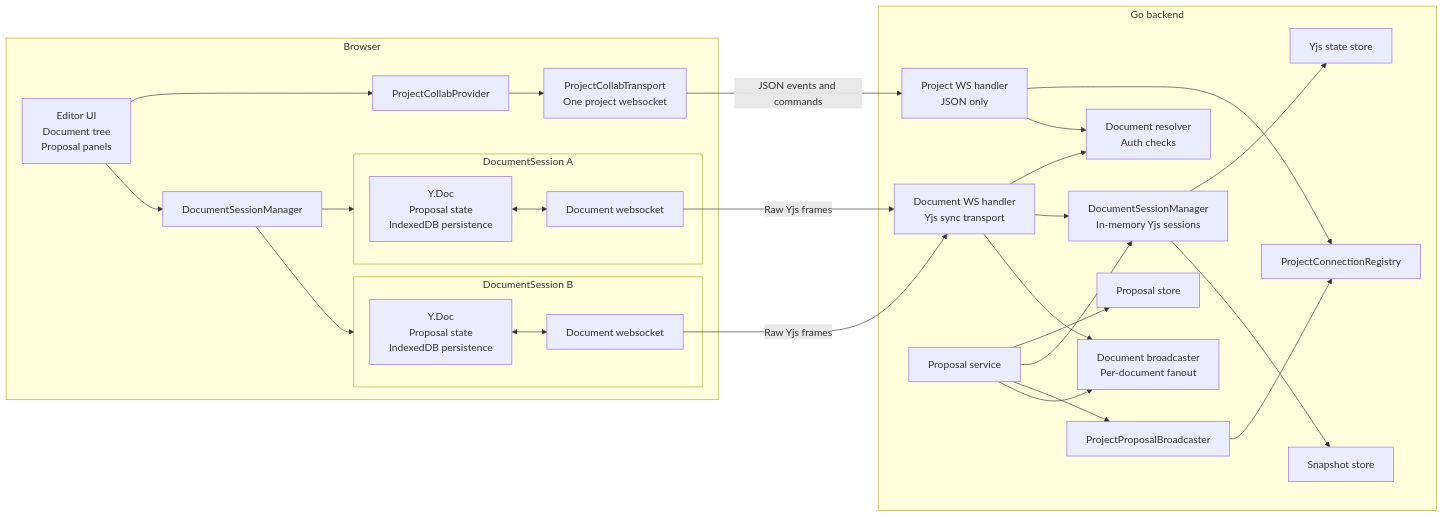
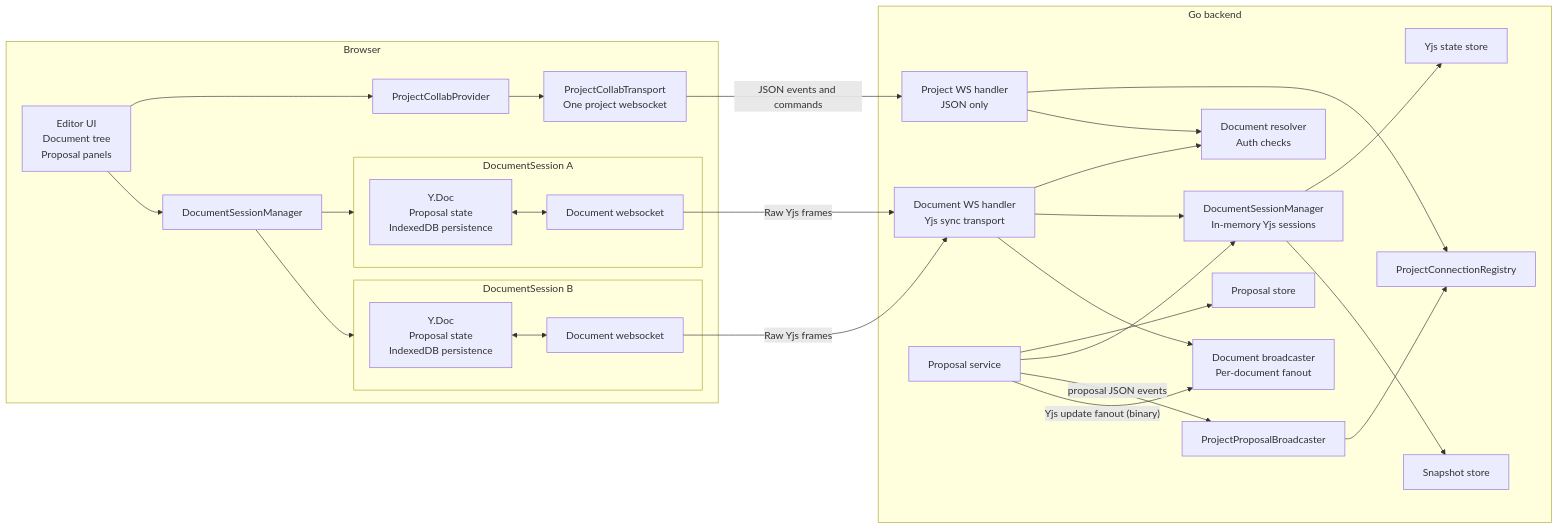
One commit to haowjy/meridian-flow changed the first of 3 diagrams in _docs/plans/ws-transport-v2/architecture-map-20260310-r4k7.md. Above: the diagram before and after it, drawn with Mermaid. The commit also changed other lines of this file and 6 other files, not shown here.

````diff
--- a/_docs/plans/ws-transport-v2/architecture-map-20260310-r4k7.md
+++ b/_docs/plans/ws-transport-v2/architecture-map-20260310-r4k7.md
@@ -11,63 +11,63 @@
 ```mermaid
 flowchart LR
     subgraph Browser["Browser"]
         UI["Editor UI\nDocument tree\nProposal panels"]
         ProjCtx["ProjectCollabProvider"]
         ProjWS["ProjectCollabTransport\nOne project websocket"]
         SessMgr["DocumentSessionManager"]
 
         subgraph SessionA["DocumentSession A"]
             AState["Y.Doc\nProposal state\nIndexedDB persistence"]
             AWS["Document websocket"]
         end
 
         subgraph SessionB["DocumentSession B"]
             BState["Y.Doc\nProposal state\nIndexedDB persistence"]
             BWS["Document websocket"]
         end
     end
 
     subgraph Backend["Go backend"]
         ProjHandler["Project WS handler\nJSON only"]
         ProjRegistry["ProjectConnectionRegistry"]
         ProjBroad["ProjectProposalBroadcaster"]
 
         DocHandler["Document WS handler\nYjs sync transport"]
         SessRuntime["DocumentSessionManager\nIn-memory Yjs sessions"]
         DocBroad["Document broadcaster\nPer-document fanout"]
 
         ProposalSvc["Proposal service"]
         ProposalStore["Proposal store"]
         StateStore["Yjs state store"]
         SnapshotStore["Snapshot store"]
         DocResolver["Document resolver\nAuth checks"]
     end
 
     UI --> ProjCtx
     UI --> SessMgr
     ProjCtx --> ProjWS
     SessMgr --> SessionA
     SessMgr --> SessionB
     AState <--> AWS
     BState <--> BWS
 
     ProjWS -->|"JSON events and commands"| ProjHandler
     AWS -->|"Raw Yjs frames"| DocHandler
     BWS -->|"Raw Yjs frames"| DocHandler
 
     ProjHandler --> ProjRegistry
     ProjHandler --> DocResolver
     ProjBroad --> ProjRegistry
 
     DocHandler --> DocResolver
     DocHandler --> SessRuntime
     DocHandler --> DocBroad
 
     SessRuntime --> StateStore
     SessRuntime --> SnapshotStore
 
     ProposalSvc --> ProposalStore
     ProposalSvc --> SessRuntime
-    ProposalSvc --> ProjBroad
-    ProposalSvc --> DocBroad
+    ProposalSvc -->|"proposal JSON events"| ProjBroad
+    ProposalSvc -->|"Yjs update fanout (binary)"| DocBroad
 ```
````
